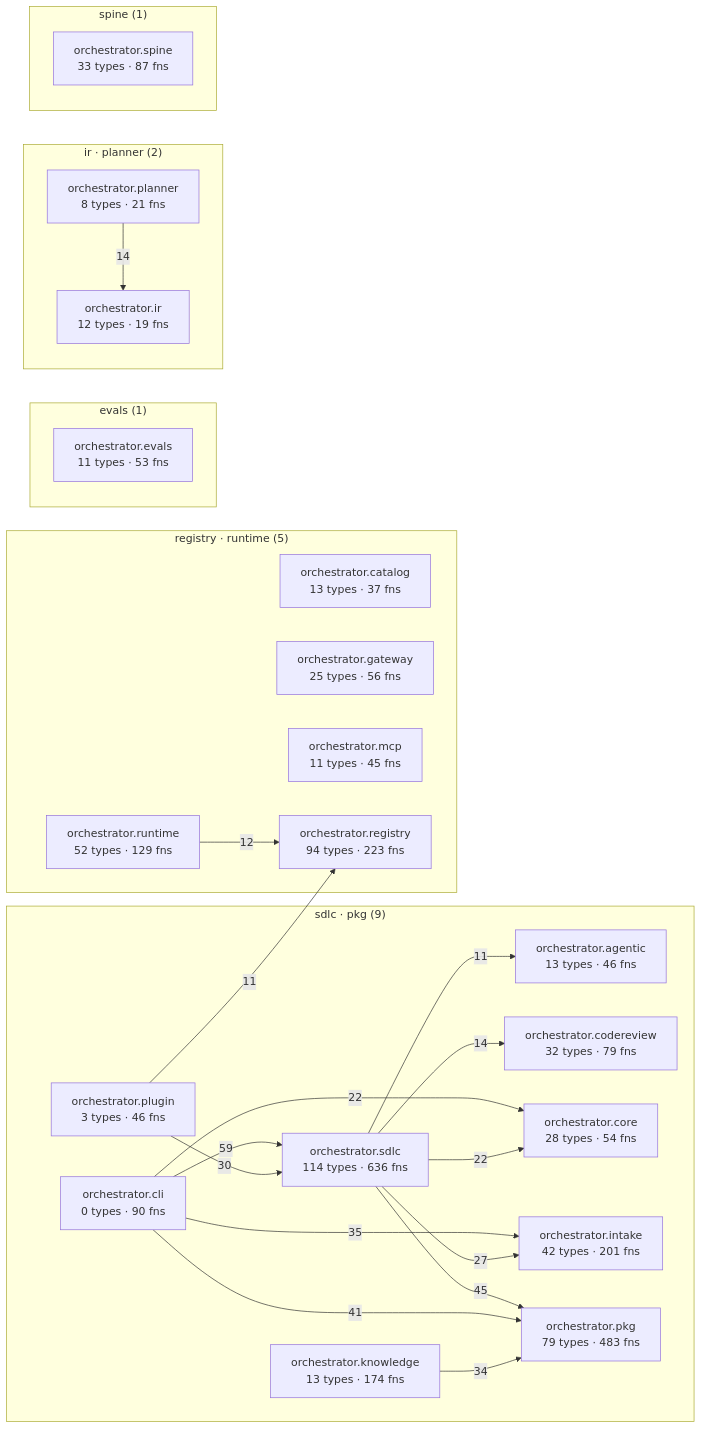
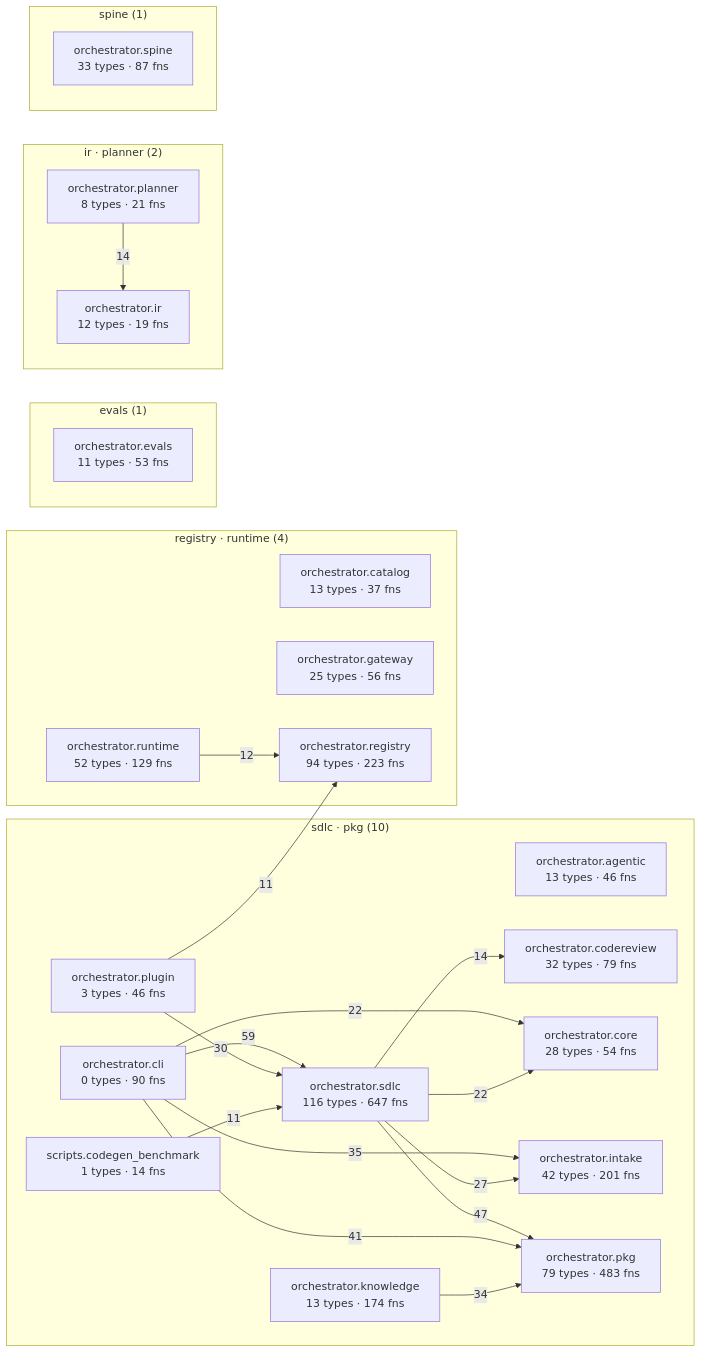
The diagram in episteme/architecture.md (synaptixs/spine), drawn with Mermaid before and after one commit. The commit also changed other lines of this file and 16 other files, not shown here.

````diff
--- a/episteme/architecture.md
+++ b/episteme/architecture.md
@@ -55,45 +55,45 @@
 ```mermaid
 flowchart LR
-  subgraph c_1["sdlc · pkg (9)"]
+  subgraph c_1["sdlc · pkg (10)"]
     aorchestratoragentic["orchestrator.agentic<br/>13 types · 46 fns"]
     aorchestratorcli["orchestrator.cli<br/>0 types · 90 fns"]
     aorchestratorcodereview["orchestrator.codereview<br/>32 types · 79 fns"]
     aorchestratorcore["orchestrator.core<br/>28 types · 54 fns"]
     aorchestratorintake["orchestrator.intake<br/>42 types · 201 fns"]
     aorchestratorknowledge["orchestrator.knowledge<br/>13 types · 174 fns"]
     aorchestratorpkg["orchestrator.pkg<br/>79 types · 483 fns"]
     aorchestratorplugin["orchestrator.plugin<br/>3 types · 46 fns"]
-    aorchestratorsdlc["orchestrator.sdlc<br/>114 types · 636 fns"]
+    aorchestratorsdlc["orchestrator.sdlc<br/>116 types · 647 fns"]
+    ascriptscodegenbenchmark["scripts.codegen_benchmark<br/>1 types · 14 fns"]
   end
-  subgraph c_3["registry · runtime (5)"]
+  subgraph c_3["registry · runtime (4)"]
     aorchestratorcatalog["orchestrator.catalog<br/>13 types · 37 fns"]
     aorchestratorgateway["orchestrator.gateway<br/>25 types · 56 fns"]
-    aorchestratormcp["orchestrator.mcp<br/>11 types · 45 fns"]
     aorchestratorregistry["orchestrator.registry<br/>94 types · 223 fns"]
     aorchestratorruntime["orchestrator.runtime<br/>52 types · 129 fns"]
   end
   subgraph c_5["evals (1)"]
     aorchestratorevals["orchestrator.evals<br/>11 types · 53 fns"]
   end
   subgraph c_7["ir · planner (2)"]
     aorchestratorir["orchestrator.ir<br/>12 types · 19 fns"]
     aorchestratorplanner["orchestrator.planner<br/>8 types · 21 fns"]
   end
   subgraph c_10["spine (1)"]
     aorchestratorspine["orchestrator.spine<br/>33 types · 87 fns"]
   end
   aorchestratorcli -->|59| aorchestratorsdlc
-  aorchestratorsdlc -->|45| aorchestratorpkg
+  aorchestratorsdlc -->|47| aorchestratorpkg
   aorchestratorcli -->|41| aorchestratorpkg
   aorchestratorcli -->|35| aorchestratorintake
   aorchestratorknowledge -->|34| aorchestratorpkg
   aorchestratorplugin -->|30| aorchestratorsdlc
   aorchestratorsdlc -->|27| aorchestratorintake
   aorchestratorcli -->|22| aorchestratorcore
   aorchestratorsdlc -->|22| aorchestratorcore
   aorchestratorplanner -->|14| aorchestratorir
   aorchestratorsdlc -->|14| aorchestratorcodereview
   aorchestratorruntime -->|12| aorchestratorregistry
+  ascriptscodegenbenchmark -->|11| aorchestratorsdlc
   aorchestratorplugin -->|11| aorchestratorregistry
-  aorchestratorsdlc -->|11| aorchestratoragentic
 ```
````
